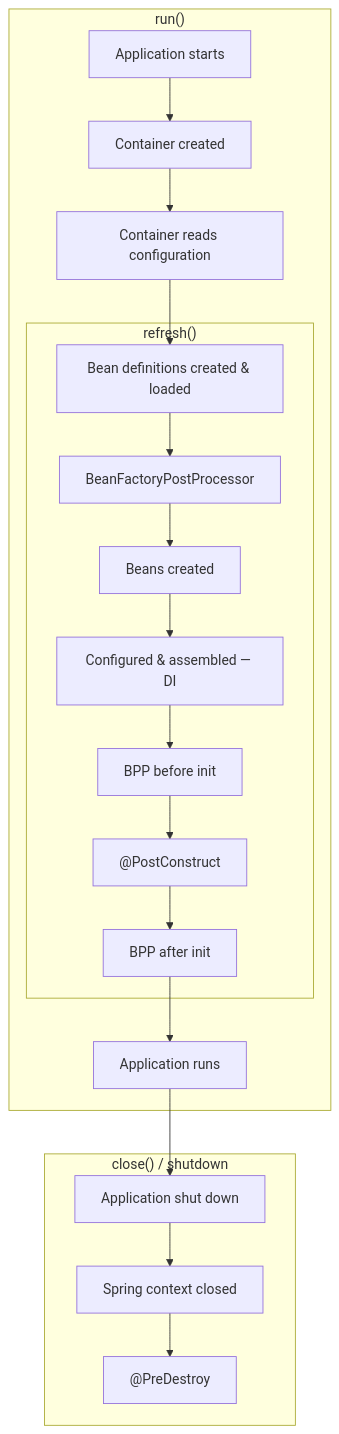
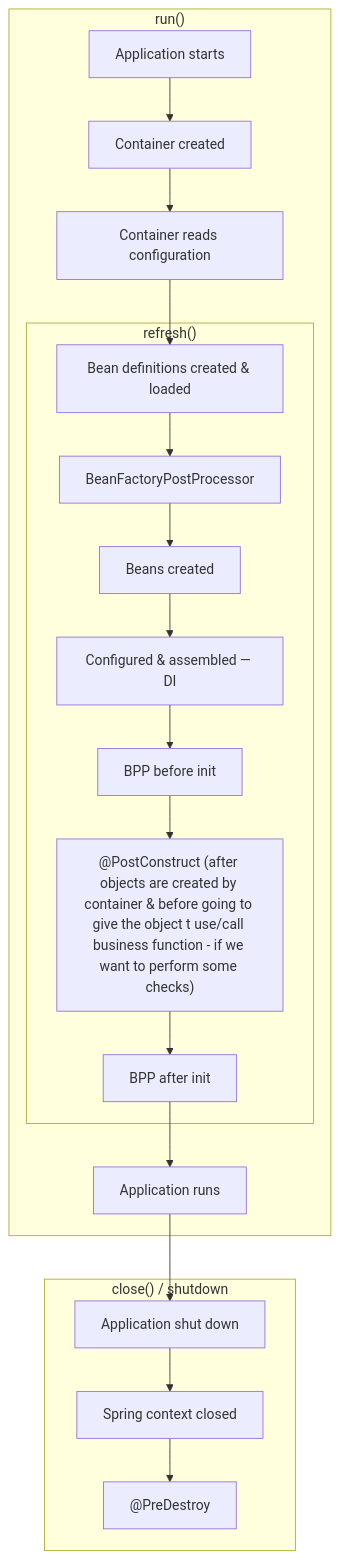
One commit to pradhansoumik/SPRING_BOOT_CONCEPTS changed the first of 3 diagrams in 02-ioc-di/BEAN-SCOPE-AND-LIFECYCLE.md. Above: the diagram before and after it, drawn with Mermaid.

Commit message:
High Level Flow digram

````diff
--- a/02-ioc-di/BEAN-SCOPE-AND-LIFECYCLE.md
+++ b/02-ioc-di/BEAN-SCOPE-AND-LIFECYCLE.md
@@ -39,23 +39,23 @@
 ```mermaid
 flowchart TB
   subgraph RUN["run()"]
     A["Application starts"] --> B["Container created"]
     B --> C["Container reads configuration"]
     subgraph REF["refresh()"]
       D["Bean definitions created & loaded"]
       D --> E["BeanFactoryPostProcessor"]
       E --> F["Beans created"]
       F --> G["Configured & assembled — DI"]
       G --> H["BPP before init"]
-      H --> I["@PostConstruct"]
+      H --> I["@PostConstruct (after objects are created by container & before going to give the object t use/call business function - if we want to perform some checks)"]
       I --> J["BPP after init"]
     end
     C --> D
     J --> K["Application runs"]
   end
   K --> L["Application shut down"]
   subgraph CLS["close() / shutdown"]
     L --> M["Spring context closed"]
     M --> N["@PreDestroy"]
   end
 ```
````
